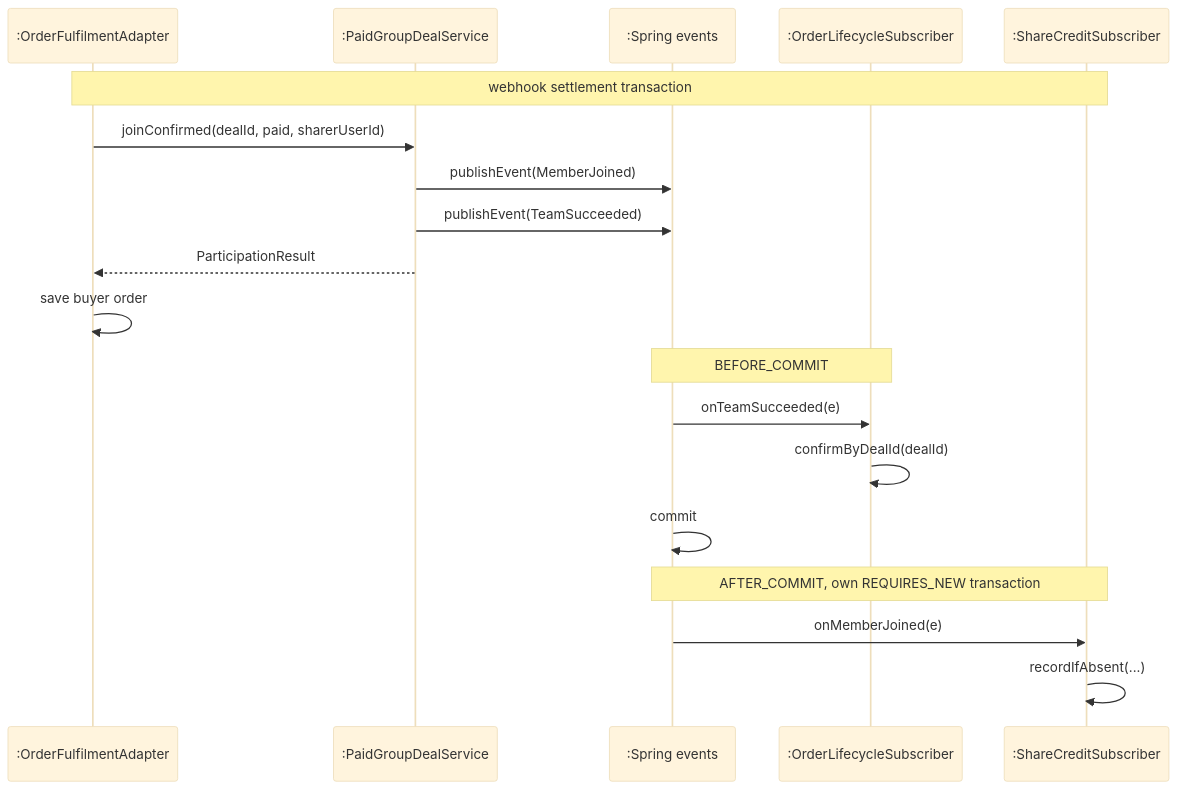
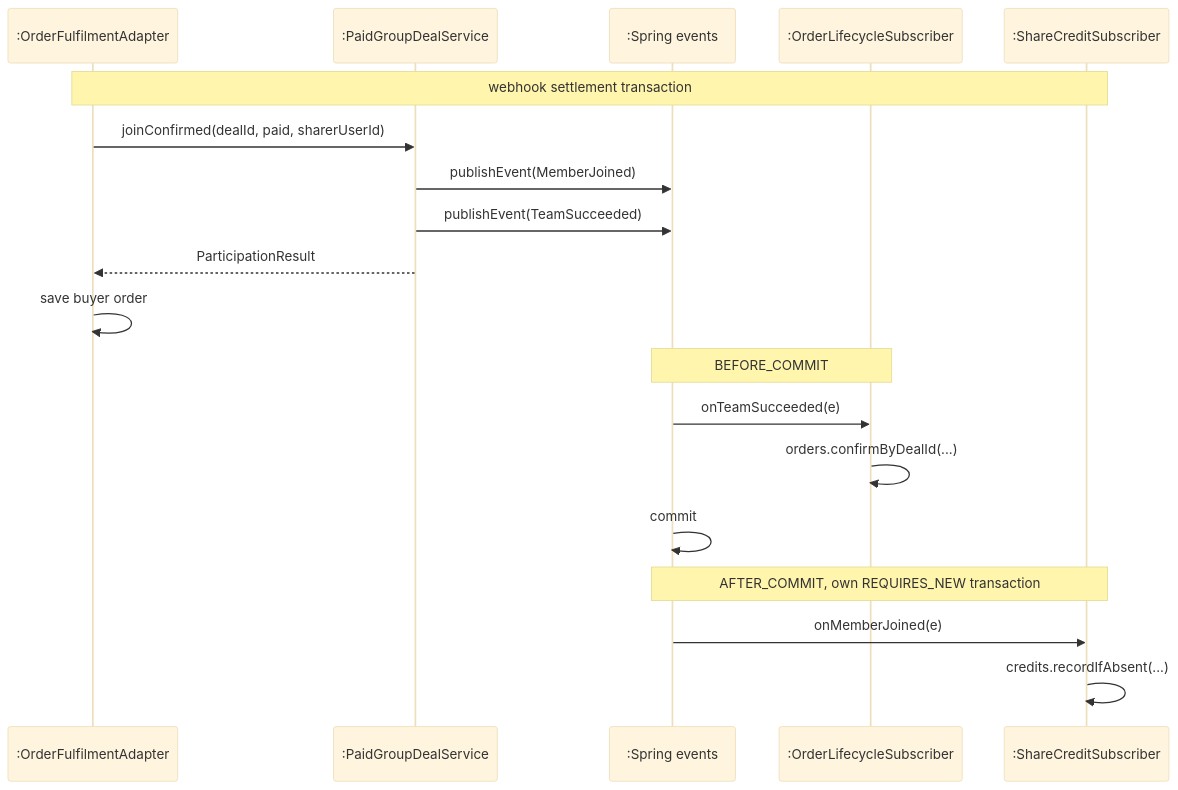
Before and after one commit to PPsyrius/iss-groupbuy-team8: the sixth of 6 diagrams in docs/swe5006/report/sections/03-5-2-yorik.md, drawn with Mermaid (base theme). The commit also changed other lines of this file and 60 other files, not shown here.

First line of the commit message:
docs(report): template format, VP-style UML and fact fixes (#463, #695) (#704)

````diff
--- a/docs/swe5006/report/sections/03-5-2-yorik.md
+++ b/docs/swe5006/report/sections/03-5-2-yorik.md
@@ -225,21 +217,21 @@
 ```mermaid
 sequenceDiagram
     participant Adapter as :OrderFulfilmentAdapter
     participant Join as :PaidGroupDealService
     participant Tx as :Spring events
     participant Ord as :OrderLifecycleSubscriber
     participant Credit as :ShareCreditSubscriber
     Note over Adapter,Credit: webhook settlement transaction
     Adapter->>Join: joinConfirmed(dealId, paid, sharerUserId)
     Join->>Tx: publishEvent(MemberJoined)
     Join->>Tx: publishEvent(TeamSucceeded)
     Join-->>Adapter: ParticipationResult
     Adapter->>Adapter: save buyer order
     Note over Tx,Ord: BEFORE_COMMIT
     Tx->>Ord: onTeamSucceeded(e)
-    Ord->>Ord: confirmByDealId(dealId)
+    Ord->>Ord: orders.confirmByDealId(...)
     Tx->>Tx: commit
     Note over Tx,Credit: AFTER_COMMIT, own REQUIRES_NEW transaction
     Tx->>Credit: onMemberJoined(e)
-    Credit->>Credit: recordIfAbsent(...)
+    Credit->>Credit: credits.recordIfAbsent(...)
 ```
````
